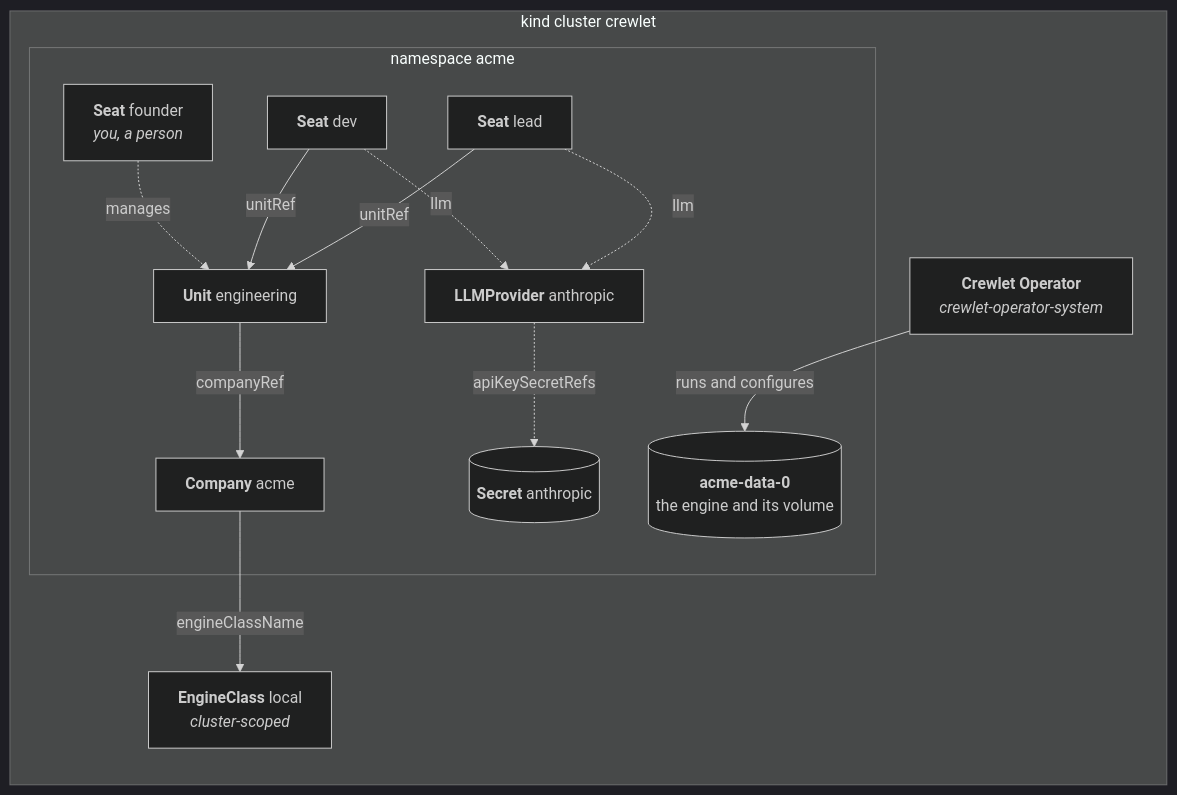
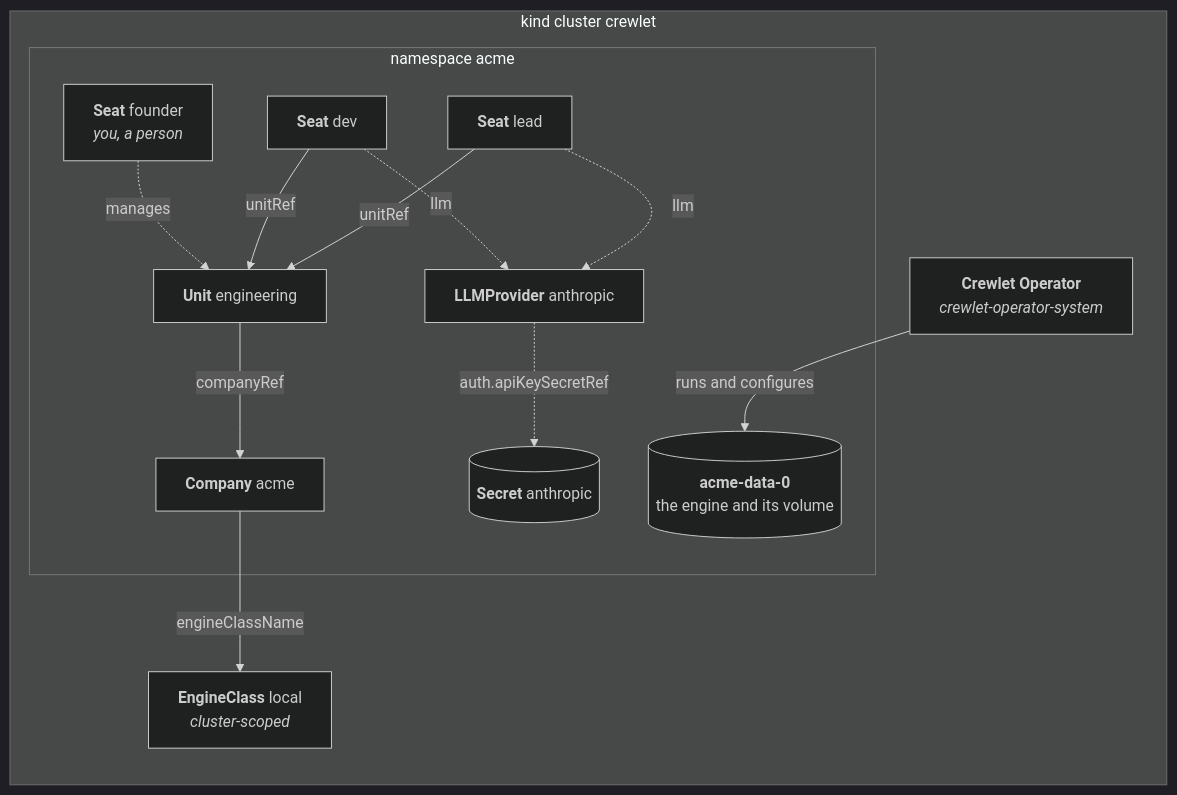
The diagram in docs/getting-started.md (crewlet/crewlet-operator), drawn with Mermaid (dark theme) before and after one commit. The commit also changed other lines of this file and 91 other files, not shown here.

````diff
--- a/docs/getting-started.md
+++ b/docs/getting-started.md
@@ -11,26 +11,26 @@
 ```mermaid
 flowchart LR
     subgraph cluster["kind cluster crewlet"]
         OP["<b>Crewlet Operator</b><br/><i>crewlet-operator-system</i>"]
         EC["<b>EngineClass</b> local<br/><i>cluster-scoped</i>"]
         subgraph ns["namespace acme"]
             C["<b>Company</b> acme"]
             U["<b>Unit</b> engineering"]
             L["<b>Seat</b> lead"]
             D["<b>Seat</b> dev"]
             F["<b>Seat</b> founder<br/><i>you, a person</i>"]
             P["<b>LLMProvider</b> anthropic"]
             S[("<b>Secret</b> anthropic")]
             POD[("<b>acme-data-0</b><br/>the engine and its volume")]
         end
     end
     C -->|engineClassName| EC
     U -->|companyRef| C
     L -->|unitRef| U
     D -->|unitRef| U
     F -.->|manages| U
     L -.->|llm| P
     D -.->|llm| P
-    P -.->|apiKeySecretRefs| S
+    P -.->|auth.apiKeySecretRef| S
     OP -->|"runs and configures"| POD
 ```
````
